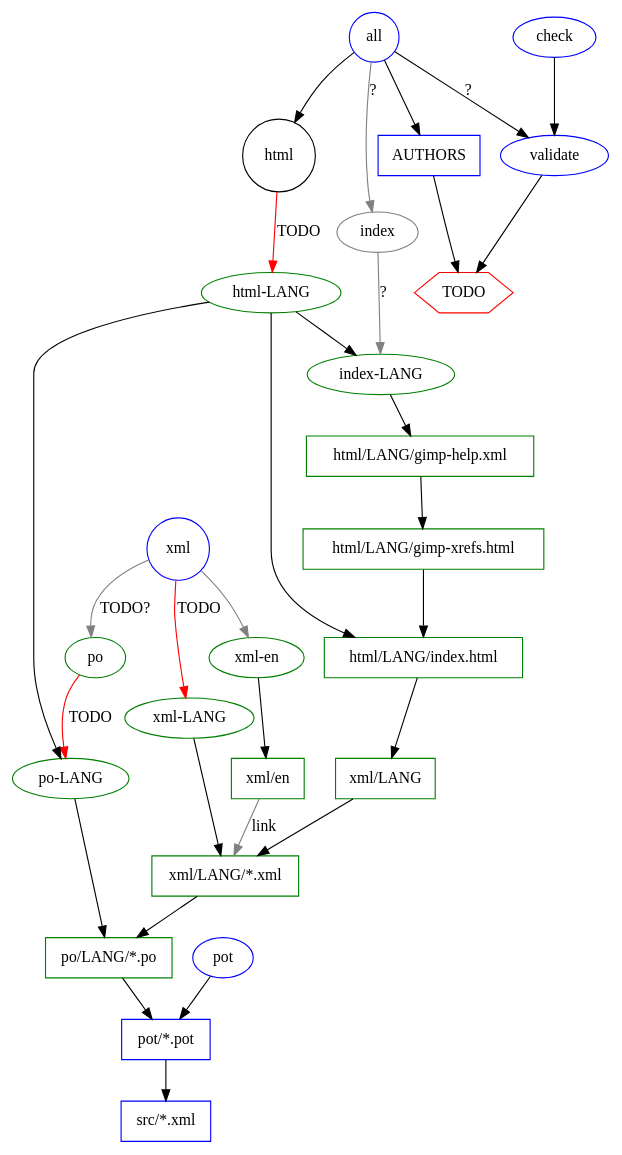
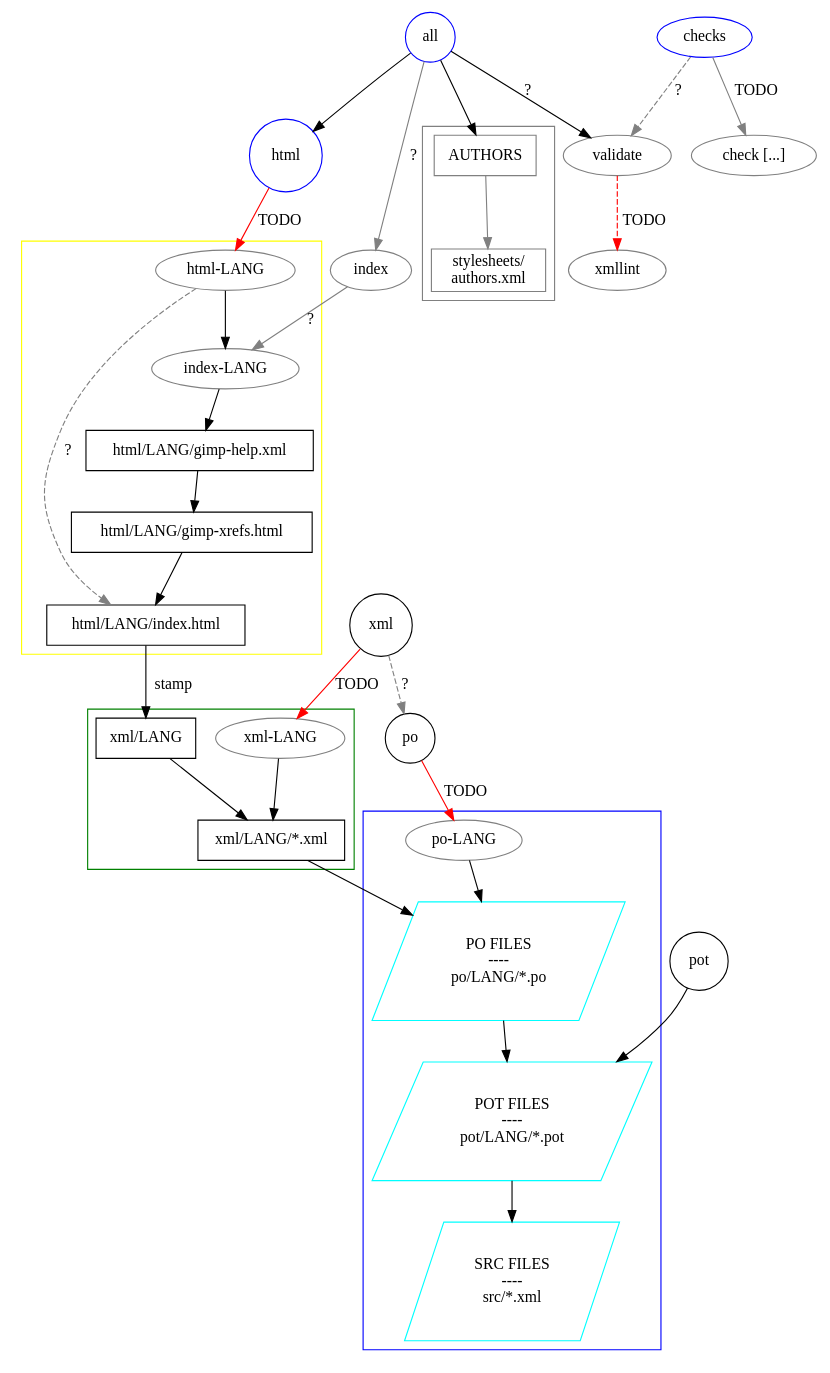
One commit to GNOME/gimp-help changed the diagram in tools/build-system.dot. Above: the diagram before and after it, drawn with Graphviz. The commit also changed 4 other files, not shown here.

```diff
--- a/tools/build-system.dot
+++ b/tools/build-system.dot
@@ -1,104 +1,121 @@
 /*
     Proposed gettext-based gimp-help build system
 
     Shapes:
         - circle    main targets
         - ellipse   lang-dependent or auxiliary targets
         - box       file or directory targets
+        - polygon   file list
         - hexagon   TODO etc.
     Colors:
-        - blue      default, language-independent
-        - green     language-dependent
+        - blue      PO & POT
+        - green     XML
+        - yellow    HTML
+        - grey      minor targets etc.
         - red       TODO
-        - grey      TODO, ignore, etc.
 */
-digraph gimp {
+
+digraph gimp_build_system {
     node[shape=box];
 
-    all[label="all" color=blue shape="circle"]
+    all[label="all" color=blue shape="circle"];
 
     all -> validate[label="?"];
     all -> html;
     all -> index[label="?" color=grey];
     all -> authors;
 
     /* do_nothing[label="do nothing" color=grey shape=hexagon] */
-    todo[label="TODO" color=red shape=hexagon]
+    /* todo[label="TODO" color=red shape=hexagon] */
 
-    /* $(POT_FILES): $(potdir)/%.pot : $(xmldir)/%.xml */
+    node[shape=circle];
+    pot[label="pot"];
+    po[shape=circle];
 
-    src_files[label="src/*.xml" color=blue ]
-    pot_files[label="pot/*.pot" color=blue]
-    po_files[label="po/LANG/*.po" color=green]
-    node[shape=ellipse];
-    xml[label="xml" color=blue]
-    pot[label="pot" color=blue]
+    po -> po_lang[label="TODO" color=red];
+    pot -> pot_files;
 
-    pot -> pot_files -> src_files
+    subgraph cluster_po {
+        color="blue";
     
-    /* XX_PO_FILES = $(patsubst $(potdir)/%.pot, $(podir)/XX/%.po, $(POT_FILES)) */
+        src_files[label="SRC FILES\n----\nsrc/*.xml" color=cyan shape=polygon side=4 skew=.5];
+        pot_files[label="POT FILES\n----\npot/LANG/*.pot" color=cyan shape=polygon side=4 skew=.5];
+        po_files[label="PO FILES\n----\npo/LANG/*.po" color=cyan shape=polygon side=4 skew=.5];
+    
+        pot_files -> src_files;
+        
+        node[shape=ellipse];
+        po_lang[label="po-LANG" color=grey shape=ellipse];
+        po_lang -> po_files -> pot_files;
+        /* po_en[label="po-en" color=grey] */
+        /* po_en -> do_nothing */
+    
+    } /* subgraph cluster_po */
 
-    po[color=green shape=ellipse]
-    po_lang[label="po-LANG" color=green]
-    po -> po_lang[label="TODO" color=red]
-    po_lang -> po_files -> pot_files
-    /* po_en[label="po-en" color=grey] */
-    /* po_en -> do_nothing */
+    subgraph cluster_authors {
+        color="grey";
 
-    /* XX_XML_FILES = $(XML_FILES:$(xmldir)/%=$(xmlpodir)/$(1)/%)
-       $(XX_XML_FILES): $(xmlpodir)/XX/%.xml : $(podir)/XX/%.po */
+        authors[label="AUTHORS" color=grey shape=box]
+        authors_xml[label="stylesheets/\nauthors.xml" color=grey shape=box]
+        authors -> authors_xml[color=grey]
+    } /* subgraph cluster_authors */
 
-    xml[label="xml" color=blue shape=circle]
-    xml_files[label="xml/LANG/*.xml" color=green shape=box]
-    xml_dir[label="xml/LANG" color=green shape=box]
-    xml_dir_en[label="xml/en" color=green shape=box]
-    xml_lang[label="xml-LANG" color=green]
-    xml_en[label="xml-en" color=green shape=ellipse]
 
-    xml_dir -> xml_files -> po_files
-    xml_lang -> xml_files
-    xml_en -> xml_dir_en
-    xml_dir_en -> xml_files[label="link" color="grey"]
+    xml[label="xml" shape=circle];
 
-    /* html-%: po-% index-% html/%/index.html */
-    /* html/%/index.html: $(xmlpodir)/% $(HTML_STYLESHEETS) */
+    subgraph cluster_xml {
+        color="green";
+    
+        xml_files[label="xml/LANG/*.xml" shape=box];
+        xml_dir[label="xml/LANG" shape=box]
+        xml_lang[label="xml-LANG" color=grey shape=ellipse]
+        /* xml_en[label="xml-en" color=green shape=ellipse] */
+    
+        xml_dir -> xml_files -> po_files
+        xml_lang -> xml_files
+        /* xml_en -> src_files[label="link" color="grey"] */
 
-    /* html/%/gimp-xrefs.xml: html/%/index.html */
+    } /* subgraph cluster_xml */
 
-    html_lang[label="html-LANG" color=green shape=ellipse]
-    html_main[label="html/LANG/index.html" color=green shape=box]
-    index_lang[label="index-LANG" color=green shape=ellipse]
-    xrefs_lang[label="html/LANG/gimp-xrefs.html" shape="box" color="green"] 
+    html[color=blue shape=circle]
+    index[color=grey shape=ellipse]
+    index -> index_lang[color=grey label="?"]
+
+    subgraph cluster_html {
+        color="yellow";
     
-    html_lang -> po_lang
-    html_lang -> index_lang
-    html_lang -> html_main -> xml_dir
-    xrefs_lang -> html_main
+        html_lang[label="html-LANG" color=grey shape=ellipse]
+        html_main[label="html/LANG/index.html" shape=box]
+        index_lang[label="index-LANG" color=grey shape=ellipse]
+        xrefs_lang[label="html/LANG/gimp-xrefs.html" shape=box] 
+        help_lang[label="html/LANG/gimp-help.xml" shape=box]
+    
+        
+        /* html_lang -> po_lang */
+        html_lang -> index_lang
+        html_lang -> html_main[style=dashed color=grey label=" ?"]
+        html_main -> xml_dir[label=" stamp"]
+        xrefs_lang -> html_main
+    
+        index_lang -> help_lang -> xrefs_lang
 
-    /* index: $(foreach lang,$(LANGUAGES),index-$(lang)) */
-    /* index-%: html/%/gimp-help.xml */
+    } /* subgraph cluster_html */
 
-    /* html/%/gimp-help.xml: html/%/gimp-xrefs.xml stylesheets/makeindex.xsl */
-
-    index[color=grey shape=ellipse]
-    index_lang[label="index-LANG" color=green shape=ellipse]
-    help_lang[label="html/LANG/gimp-help.xml" color=green shape=box]
-
-    index -> index_lang[color=grey label="?"]
-    index_lang -> help_lang -> xrefs_lang
 
     /* TODO */
 
-    html[shape=circle]
     xml[shape=circle]
-    check[color=blue shape=ellipse]
-    validate[color=blue shape=ellipse]
-    authors[label="AUTHORS" color=blue shape=box]
+    checks[color=blue shape=ellipse]
+    check1[label="check [...]" color=grey shape=ellipse]
+    validate[color=grey shape=ellipse]
+    xmllint[color=grey shape=ellipse]
 
     xml ->  xml_lang[label="TODO" color=red]
-    xml ->  xml_en[color=grey]
-    xml ->  po[color=grey label="TODO?"]
+    /* xml ->  xml_en[color=grey] */
+    xml ->  po[style=dashed color=grey label=" ?"]
     html -> html_lang[label="TODO" color=red]
-    authors -> todo
-    check -> validate -> todo
-}
+    checks -> validate[color=grey style=dashed label=" ?"]
+    checks -> check1[color=grey label=" TODO"]
+    validate -> xmllint[color=red style=dashed label=" TODO"]
+
+} /* digraph gimp_build_system */
```
